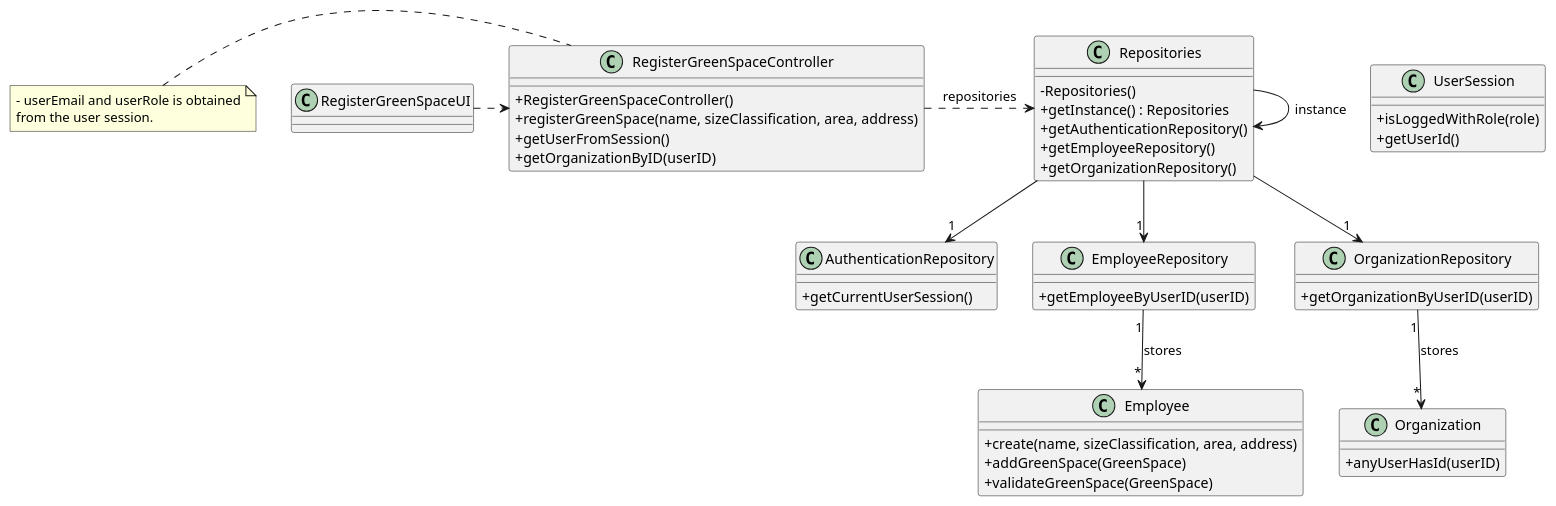
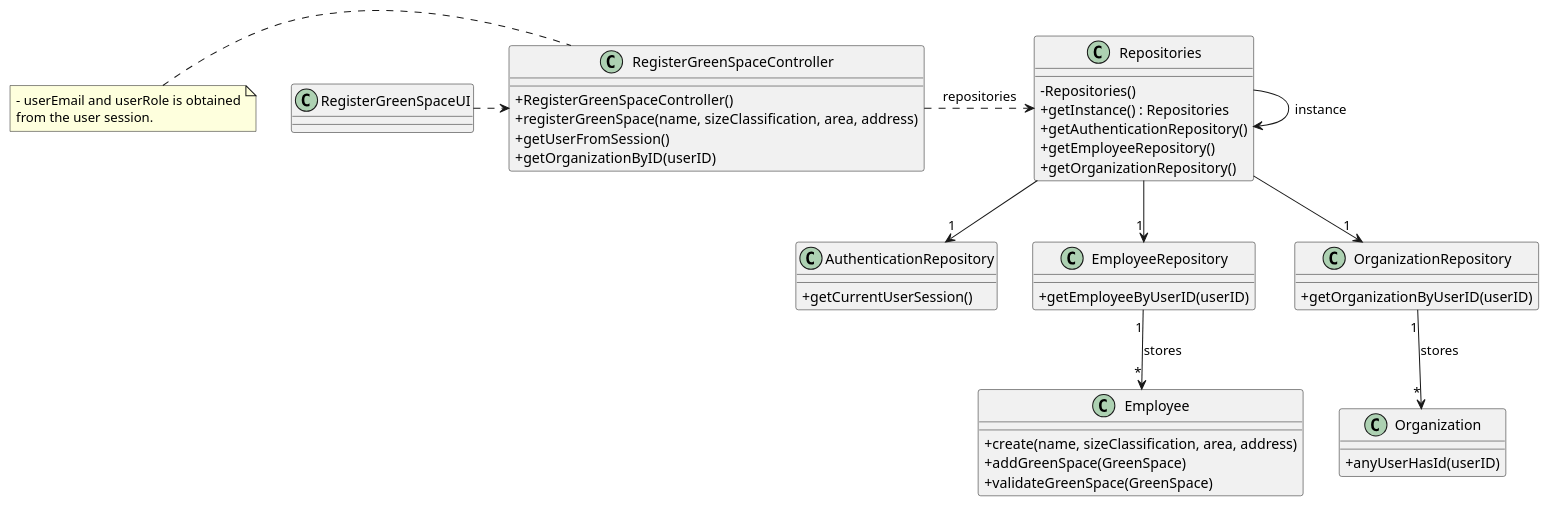
Before and after one commit to Mendoncaa/LAPR2: the diagram in docs/sprintC/US20/03.design/puml/us020-class-diagram.puml, drawn with PlantUML. The commit also changed 30 other files, not shown here.

```diff
--- a/docs/sprintC/US20/03.design/puml/us020-class-diagram.puml
+++ b/docs/sprintC/US20/03.design/puml/us020-class-diagram.puml
@@ -1,69 +1,65 @@
 @startuml
 'skinparam monochrome true
 skinparam packageStyle rectangle
 skinparam shadowing false
 'skinparam linetype orto
 
 skinparam classAttributeIconSize 0
 
-class UserSession {
-    + isLoggedWithRole(role)
-    + getUserId()
-}
 
 
 class AuthenticationRepository {
     + getCurrentUserSession()
 }
 
 class Employee {
     + create(name, sizeClassification, area, address)
     + addGreenSpace(GreenSpace)
     + validateGreenSpace(GreenSpace)
 }
 
 class EmployeeRepository {
     + getEmployeeByUserID(userID)
 }
 
 class Organization {
     + anyUserHasId(userID)
 }
 
 class OrganizationRepository {
     + getOrganizationByUserID(userID)
 }
 
 class Repositories {
     - Repositories()
     + getInstance() : Repositories
     + getAuthenticationRepository()
     + getEmployeeRepository()
     + getOrganizationRepository()
 }
 
 class RegisterGreenSpaceController {
     + RegisterGreenSpaceController()
     + registerGreenSpace(name, sizeClassification, area, address)
     + getUserFromSession()
     + getOrganizationByID(userID)
 }
 
 class RegisterGreenSpaceUI {
 }
 
 note left of RegisterGreenSpaceController
     - userEmail and userRole is obtained
     from the user session.
 end note
 
 Repositories -> Repositories : instance
 RegisterGreenSpaceUI .> RegisterGreenSpaceController
 RegisterGreenSpaceController .> Repositories : repositories
 Repositories --> "1" AuthenticationRepository
 Repositories --> "1" EmployeeRepository
 Repositories --> "1" OrganizationRepository
 EmployeeRepository "1" --> "*" Employee : stores
 OrganizationRepository "1" --> "*" Organization : stores
 
 @enduml
```
